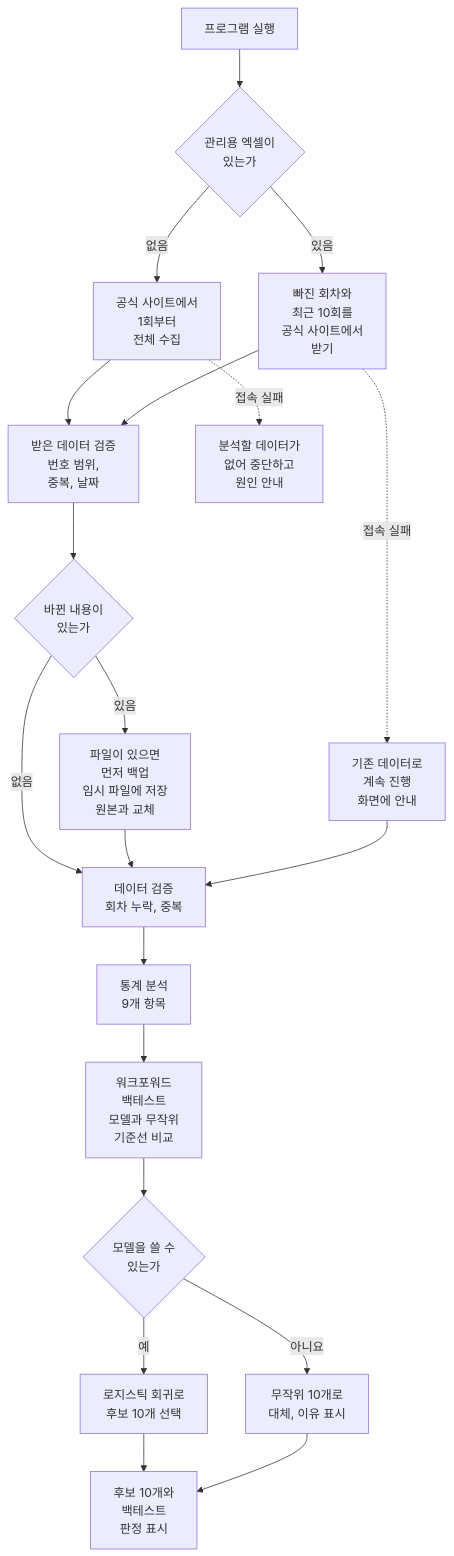
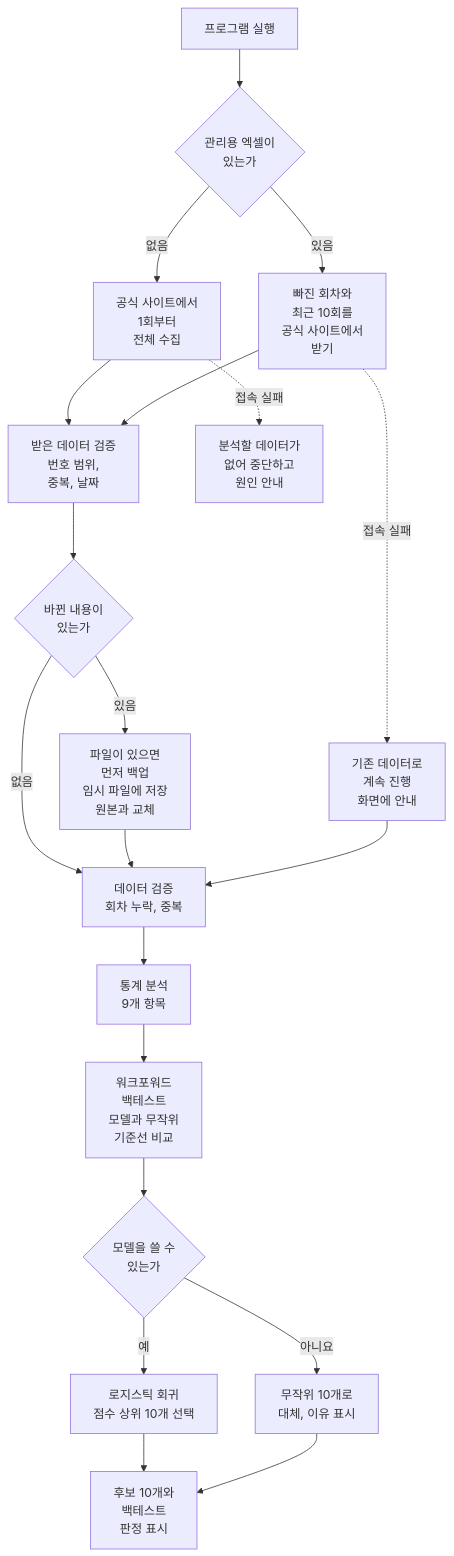
The diagram in README.md (Bluecode77732/Statistical-Number-Combination-Generator), drawn with Mermaid before and after one commit. The commit also changed other lines of this file and 14 other files, not shown here.

````diff
--- a/README.md
+++ b/README.md
@@ -45,22 +46,22 @@
 ```mermaid
 flowchart TD
     A["프로그램 실행"] --> B{"관리용 엑셀이<br/>있는가"}
     B -- "없음" --> C["공식 사이트에서<br/>1회부터<br/>전체 수집"]
     B -- "있음" --> D["빠진 회차와<br/>최근 10회를<br/>공식 사이트에서<br/>받기"]
     C --> E["받은 데이터 검증<br/>번호 범위,<br/>중복, 날짜"]
     D --> E
     C -. "접속 실패" .-> X["분석할 데이터가<br/>없어 중단하고<br/>원인 안내"]
     D -. "접속 실패" .-> W["기존 데이터로<br/>계속 진행<br/>화면에 안내"]
     E --> F{"바뀐 내용이<br/>있는가"}
     F -- "있음" --> G["파일이 있으면<br/>먼저 백업<br/>임시 파일에 저장<br/>원본과 교체"]
     F -- "없음" --> H["데이터 검증<br/>회차 누락, 중복"]
     G --> H
     W --> H
     H --> I["통계 분석<br/>9개 항목"]
     I --> J["워크포워드<br/>백테스트<br/>모델과 무작위<br/>기준선 비교"]
     J --> L{"모델을 쓸 수<br/>있는가"}
-    L -- "예" --> K["로지스틱 회귀로<br/>후보 10개 선택"]
+    L -- "예" --> K["로지스틱 회귀<br/>점수 상위 10개 선택"]
     L -- "아니요" --> R["무작위 10개로<br/>대체, 이유 표시"]
     K --> Z["후보 10개와<br/>백테스트<br/>판정 표시"]
     R --> Z
 ```
````
